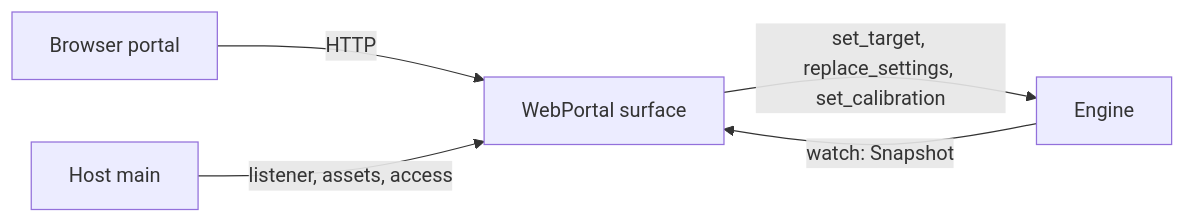
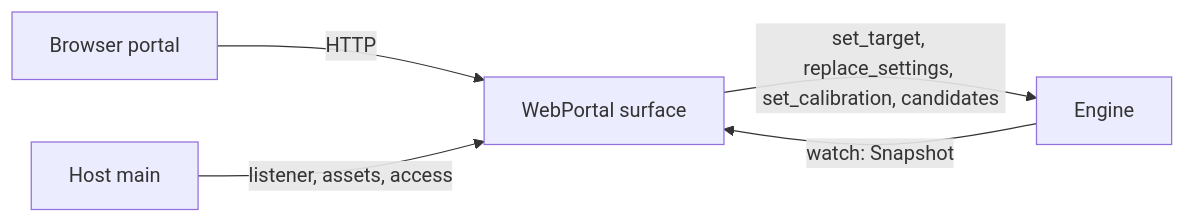
One commit to ericschaal/prysm changed the diagram in v1/surfaces/web-portal/HTTP-CONTRACT.md. Above: the diagram before and after it, drawn with Mermaid. The commit also changed other lines of this file and 65 other files, not shown here.

````diff
--- a/v1/surfaces/web-portal/HTTP-CONTRACT.md
+++ b/v1/surfaces/web-portal/HTTP-CONTRACT.md
@@ -10,7 +10,7 @@
 ```mermaid
 flowchart LR
     Browser[Browser portal] -->|HTTP| Portal[WebPortal surface]
-    Portal -->|set_target, replace_settings, set_calibration| Engine
+    Portal -->|set_target, replace_settings, set_calibration, candidates| Engine
     Engine -->|watch: Snapshot| Portal
     Host[Host main] -->|listener, assets, access| Portal
 ```
````
